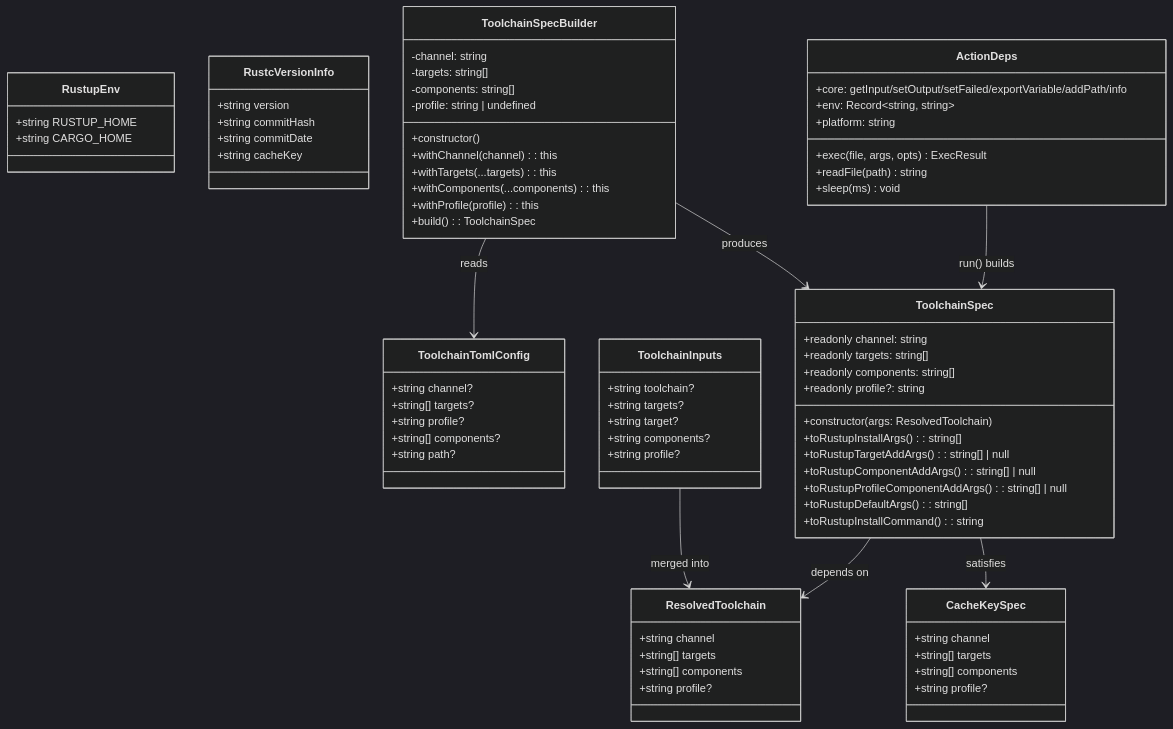
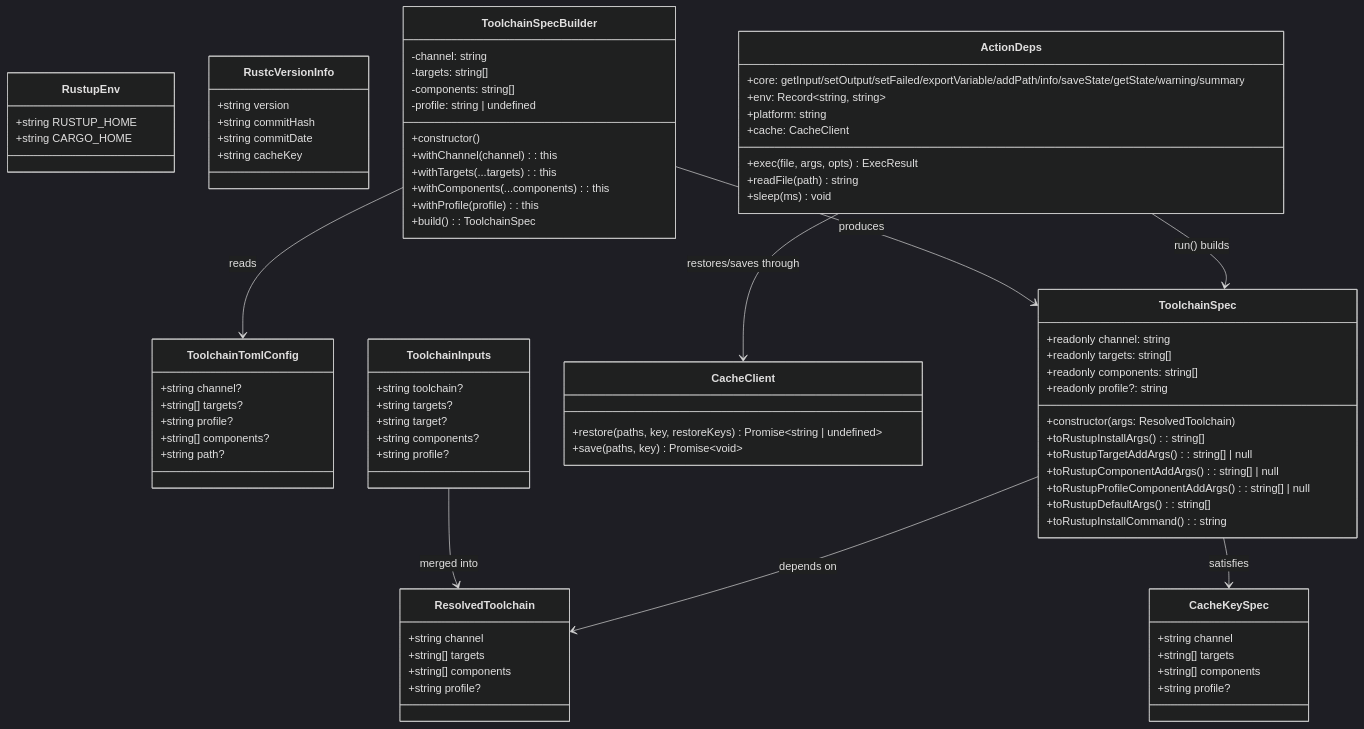
Before and after one commit to elioseverojunior/rust-toolchain: the fifth of 7 diagrams in docs/ARCHITECTURE.md, drawn with Mermaid (dark theme). The commit also changed other lines of this file and 6 other files, not shown here.

```diff
--- a/docs/ARCHITECTURE.md
+++ b/docs/ARCHITECTURE.md
@@ -231,11 +268,19 @@
     class ActionDeps {
         +exec(file, args, opts) ExecResult
         +readFile(path) string
-        +core: getInput/setOutput/setFailed/exportVariable/addPath/info
+        +core: getInput/setOutput/setFailed/exportVariable/addPath/info/saveState/getState/warning/summary
         +env: Record~string, string~
         +platform: string
         +sleep(ms) void
+        +cache: CacheClient
     }
+
+    class CacheClient {
+        +restore(paths, key, restoreKeys) Promise~string | undefined~
+        +save(paths, key) Promise~void~
+    }
+
+    ActionDeps --> CacheClient : restores/saves through
 
     class ToolchainSpec {
         +readonly channel: string
```
